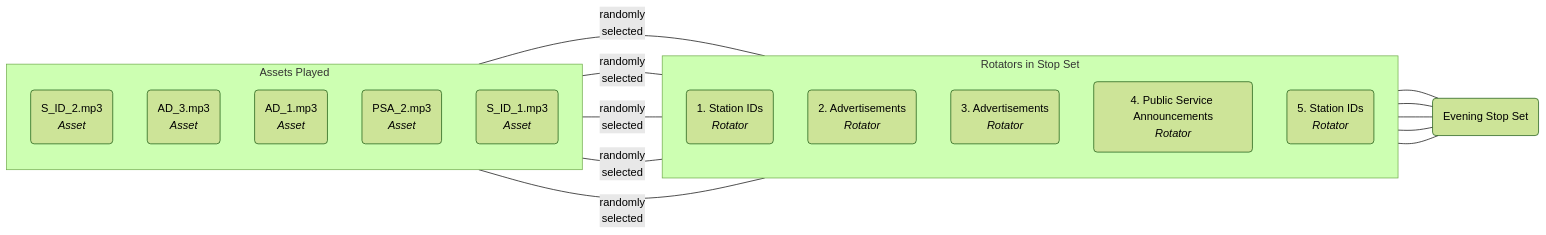
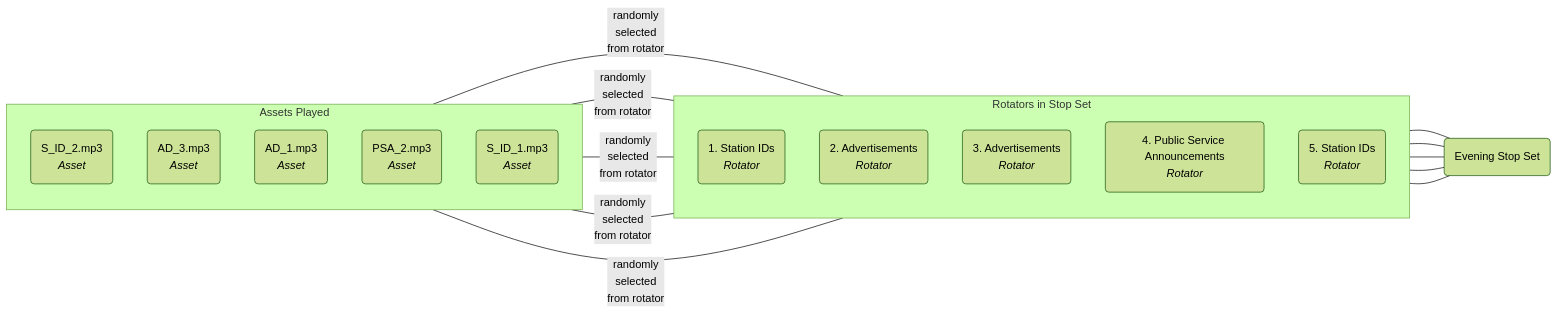
The third of 4 diagrams in docs/concepts.md (dtcooper/tomato), drawn with Mermaid (forest theme) before and after one commit. The commit also changed 1 other file, not shown here.

Commit message:
Tiny changes

````diff
--- a/docs/concepts.md
+++ b/docs/concepts.md
@@ -98,30 +98,30 @@
     ```mermaid
     flowchart LR
         subgraph "Rotators in Stop Set"
             direction TB
             rotator1(1. Station IDs\n<em>Rotator</em>)
             rotator2(2. Advertisements\n<em>Rotator</em>)
             rotator3(3. Advertisements\n<em>Rotator</em>)
             rotator4(4. Public Service Announcements\n<em>Rotator</em>)
             rotator5(5. Station IDs\n<em>Rotator</em>)
         end
         stopset(Evening Stop Set)
         subgraph "Assets Played"
             direction TB
             asset1(S_ID_2.mp3\n<em>Asset</em>)
             asset2(AD_3.mp3\n<em>Asset</em>)
             asset3(AD_1.mp3\n<em>Asset</em>)
             asset4(PSA_2.mp3\n<em>Asset</em>)
             asset5(S_ID_1.mp3\n<em>Asset</em>)
         end
         rotator1 --- stopset
         rotator2 --- stopset
         rotator3 --- stopset
         rotator4 --- stopset
         rotator5 --- stopset
-        asset1 -- randomly\nselected --- rotator1
-        asset2 -- randomly\nselected --- rotator2
-        asset3 -- randomly\nselected --- rotator3
-        asset4 -- randomly\nselected --- rotator4
-        asset5 -- randomly\nselected --- rotator5
+        asset1 -- randomly\nselected\nfrom rotator --- rotator1
+        asset2 -- randomly\nselected\nfrom rotator --- rotator2
+        asset3 -- randomly\nselected\nfrom rotator --- rotator3
+        asset4 -- randomly\nselected\nfrom rotator --- rotator4
+        asset5 -- randomly\nselected\nfrom rotator --- rotator5
     ```
````
